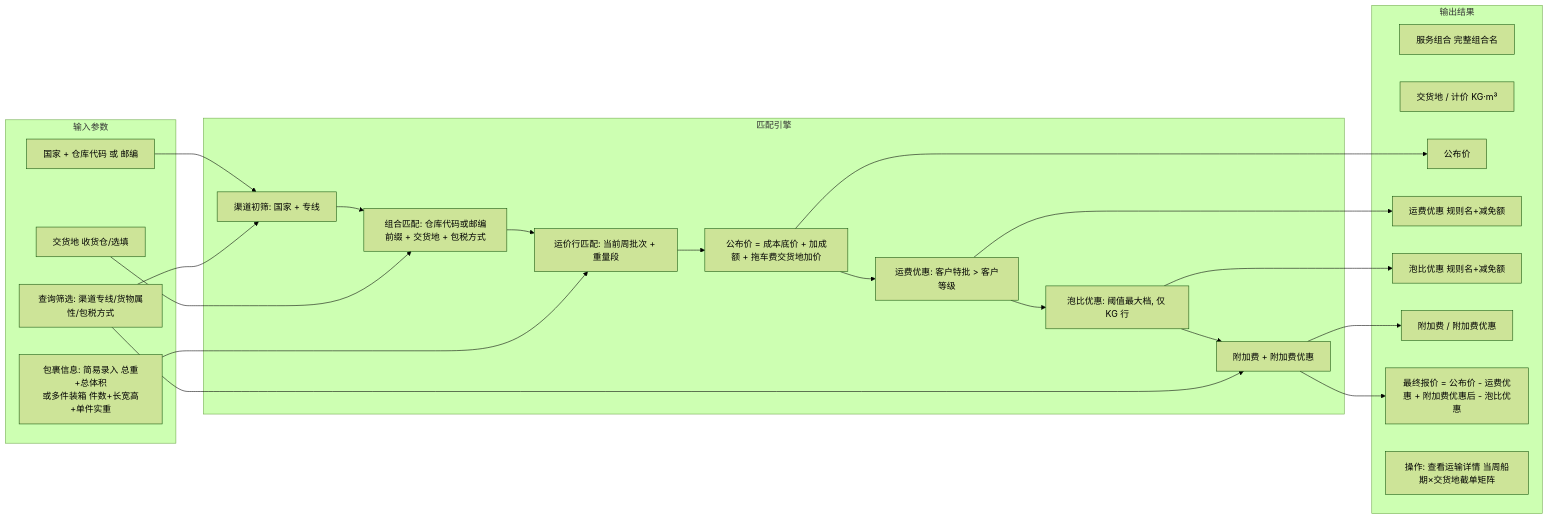
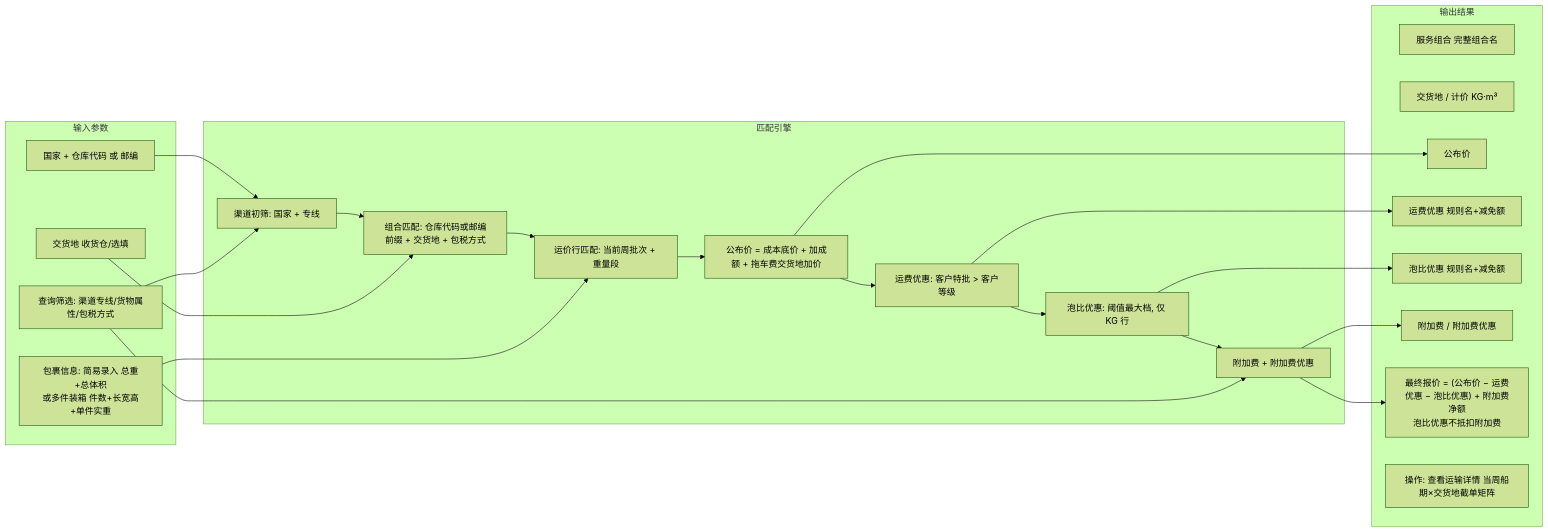
Before and after one commit to zhangwen960722/luna-daily: the second of 2 diagrams in 0-产品经理使用IDE/drafts/货主端/2026-09-12-用户需求.md, drawn with Mermaid (forest theme). The commit also changed other lines of this file and 12 other files, not shown here.

````diff
--- a/0-产品经理使用IDE/drafts/货主端/2026-09-12-用户需求.md
+++ b/0-产品经理使用IDE/drafts/货主端/2026-09-12-用户需求.md
@@ -145,38 +145,38 @@
 ```mermaid
 flowchart LR
     subgraph 输入参数
         I1[国家 + 仓库代码 或 邮编]
         I2[交货地 收货仓/选填]
         I3[包裹信息: 简易录入 总重+总体积<br/>或多件装箱 件数+长宽高+单件实重]
         I4[查询筛选: 渠道专线/货物属性/包税方式]
     end
     subgraph 匹配引擎
         M1[渠道初筛: 国家 + 专线]
         M1 --> M2[组合匹配: 仓库代码或邮编前缀 + 交货地 + 包税方式]
         M2 --> M3[运价行匹配: 当前周批次 + 重量段]
         M3 --> M4[公布价 = 成本底价 + 加成额 + 拖车费交货地加价]
         M4 --> M5[运费优惠: 客户特批 > 客户等级]
         M5 --> M6[泡比优惠: 阈值最大档, 仅 KG 行]
         M6 --> M7[附加费 + 附加费优惠]
     end
     subgraph 输出结果
         O1[服务组合 完整组合名]
         O2[交货地 / 计价 KG·m³]
         O3[公布价]
         O4[运费优惠 规则名+减免额]
         O5[泡比优惠 规则名+减免额]
         O6[附加费 / 附加费优惠]
-        O7[最终报价 = 公布价 - 运费优惠 + 附加费优惠后 - 泡比优惠]
+        O7["最终报价 = (公布价 − 运费优惠 − 泡比优惠) + 附加费净额<br>泡比优惠不抵扣附加费"]
         O8[操作: 查看运输详情 当周船期×交货地截单矩阵]
     end
     I1 --> M1
     I2 --> M2
     I3 --> M3
     I4 --> M1
     I4 --> M7
     M7 --> O6
     M4 --> O3
     M5 --> O4
     M6 --> O5
     M7 --> O7
 ```
````
